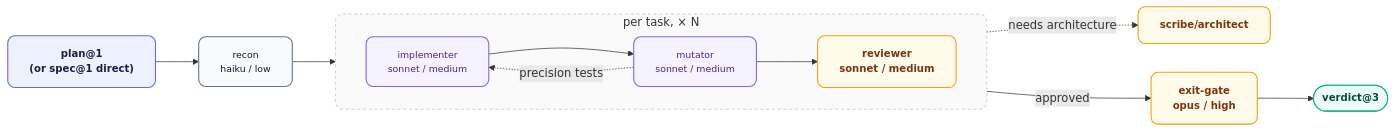
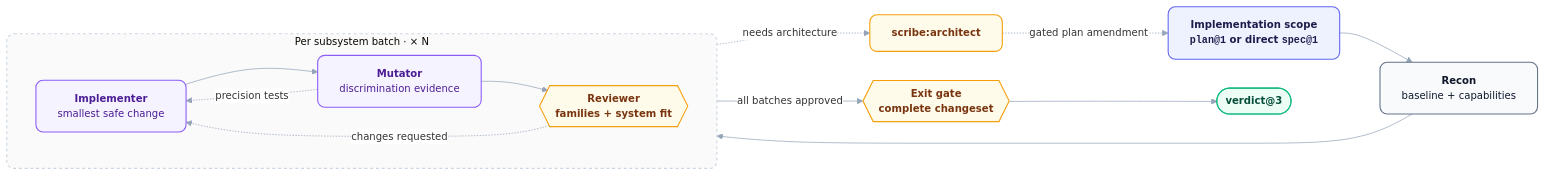
The diagram in plugins/smith/README.md (orin-dx/agent-plugins), drawn with Mermaid before and after one commit. The commit also changed other lines of this file and 12 other files, not shown here.

Commit message:
docs: refresh Mermaid diagrams and visual standard

````diff
--- a/plugins/smith/README.md
+++ b/plugins/smith/README.md
@@ -51,37 +51,33 @@
 ```mermaid
-%%{init: {'flowchart': {'curve': 'basis', 'nodeSpacing': 40, 'rankSpacing': 60}}}%%
+%%{init: {'theme': 'base', 'flowchart': {'curve': 'basis', 'nodeSpacing': 40, 'rankSpacing': 56}, 'themeVariables': {'fontFamily': 'Inter, ui-sans-serif, system-ui, sans-serif', 'fontSize': '14px', 'lineColor': '#94a3b8', 'edgeLabelBackground': '#ffffff'}}}%%
 flowchart LR
-    classDef source fill:#eef2ff,stroke:#6366f1,stroke-width:1.5px,color:#1e1b4b,rx:10,ry:10,font-size:14px,font-weight:600;
-    classDef store fill:#f8fafc,stroke:#64748b,stroke-width:1.5px,color:#0f172a,rx:10,ry:10,font-size:13px,font-weight:500;
-    classDef engine fill:#f5f3ff,stroke:#8b5cf6,stroke-width:1.5px,color:#4c1d95,rx:10,ry:10,font-size:13px,font-weight:500;
-    classDef router fill:#fffbeb,stroke:#f59e0b,stroke-width:1.5px,color:#78350f,rx:10,ry:10,font-size:14px,font-weight:600;
-    classDef output fill:#ecfdf5,stroke:#10b981,stroke-width:1.5px,color:#064e3b,rx:10,ry:10,font-size:14px,font-weight:600;
+    classDef source fill:#eef2ff,stroke:#6366f1,stroke-width:1.5px,color:#1e1b4b,rx:10px,ry:10px,font-weight:600;
+    classDef store fill:#f8fafc,stroke:#64748b,stroke-width:1.5px,color:#0f172a,rx:10px,ry:10px;
+    classDef engine fill:#f5f3ff,stroke:#8b5cf6,stroke-width:1.5px,color:#4c1d95,rx:10px,ry:10px;
+    classDef router fill:#fffbeb,stroke:#f59e0b,stroke-width:1.5px,color:#78350f,rx:10px,ry:10px,font-weight:600;
+    classDef output fill:#ecfdf5,stroke:#10b981,stroke-width:1.5px,color:#064e3b,rx:10px,ry:10px,font-weight:600;
 
-    Plan["plan@1
-    (or spec@1 direct)"] --> Recon["recon
-    haiku / low"]
+    Plan["<b>Implementation scope</b><br/><code>plan@1</code> or direct <code>spec@1</code>"] --> Recon["<b>Recon</b><br/>baseline + capabilities"]
 
-    subgraph loop [" per task, × N "]
+    subgraph loop ["Per subsystem batch · × N"]
         direction LR
-        Impl["implementer
-        sonnet / medium"] --> Mut["mutator
-        sonnet / medium"]
-        Mut -.->|precision tests| Impl
-        Mut --> Rev["reviewer
-        sonnet / medium"]
+        Impl["<b>Implementer</b><br/>smallest safe change"] --> Mut["<b>Mutator</b><br/>discrimination evidence"]
+        Mut -.->|"precision tests"| Impl
+        Mut --> Rev{{"<b>Reviewer</b><br/>families + system fit"}}
     end
 
     Recon --> Impl
-    Rev -.->|needs architecture| Arch["scribe/architect"]
-    Rev -->|approved| Gate["exit-gate
-    opus / high"]
+    Rev -.->|"changes requested"| Impl
+    Rev -.->|"needs architecture"| Arch["scribe:architect"]
+    Arch -.->|"gated plan amendment"| Plan
+    Rev -->|"all batches approved"| Gate{{"<b>Exit gate</b><br/>complete changeset"}}
     Gate --> Done(["verdict@3"])
 
     class Plan source
     class Recon store
     class Impl,Mut engine
     class Rev,Arch,Gate router
     class Done output
 
     style loop fill:#fafafa,stroke:#cbd5e1,stroke-width:1.5px,stroke-dasharray: 4 4,rx:10px,ry:10px
 ```
````
